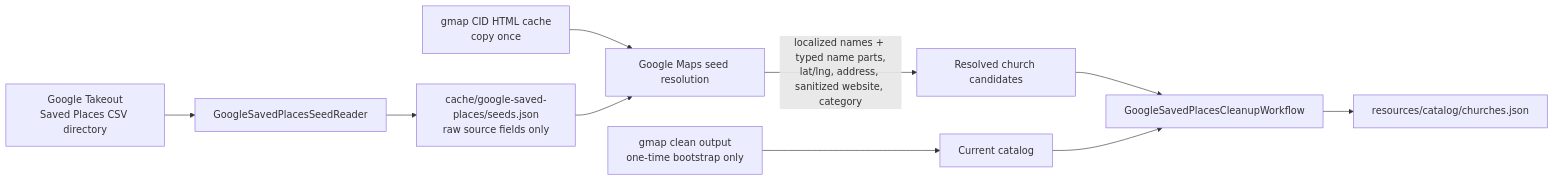
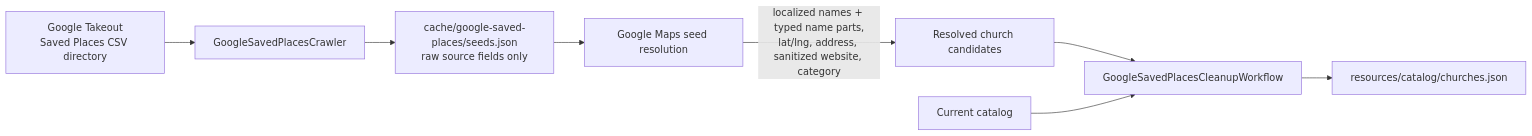
One commit to crossmapcojp/crossmap changed the first of 4 diagrams in crawl/README.md. Above: the diagram before and after it, drawn with Mermaid. The commit also changed other lines of this file and 1 other file, not shown here.

````diff
--- a/crawl/README.md
+++ b/crawl/README.md
@@ -14,12 +14,10 @@
 ```mermaid
 flowchart LR
-    A[Google Takeout<br/>Saved Places CSV directory] --> B[GoogleSavedPlacesSeedReader]
+    A[Google Takeout<br/>Saved Places CSV directory] --> B[GoogleSavedPlacesCrawler]
     B --> C[cache/google-saved-places/seeds.json<br/>raw source fields only]
-    G[gmap clean output<br/>one-time bootstrap only] --> F[Current catalog]
-    H[gmap CID HTML cache<br/>copy once] --> D[Google Maps seed resolution]
-    C --> D
+    C --> D[Google Maps seed resolution]
     D -- localized names + typed name parts,<br/>lat/lng, address, sanitized website, category --> E[Resolved church candidates]
     E --> I[GoogleSavedPlacesCleanupWorkflow]
-    F --> I
+    F[Current catalog] --> I
     I --> J[resources/catalog/churches.json]
 ```
````
